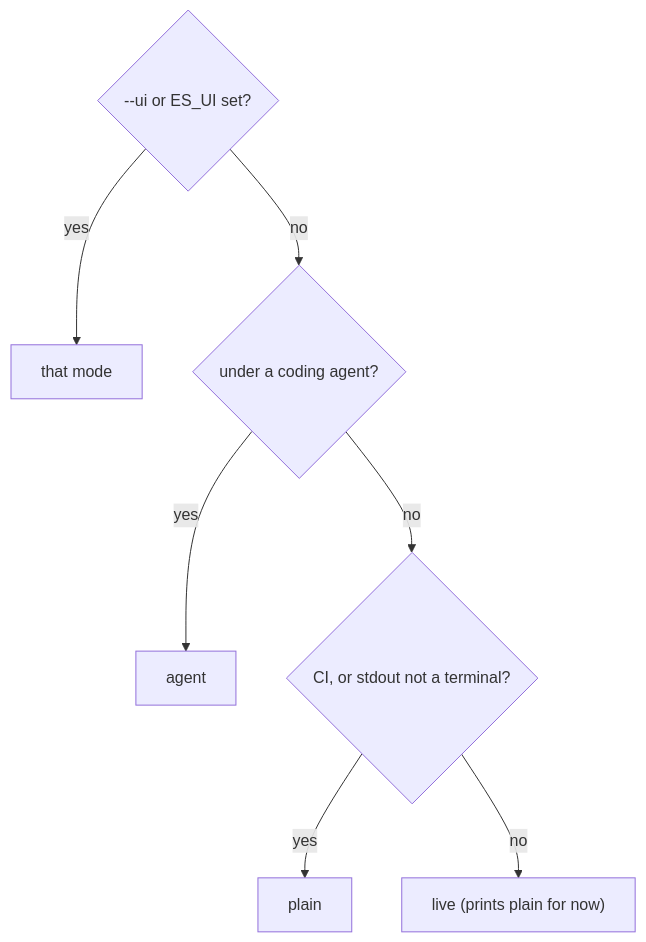
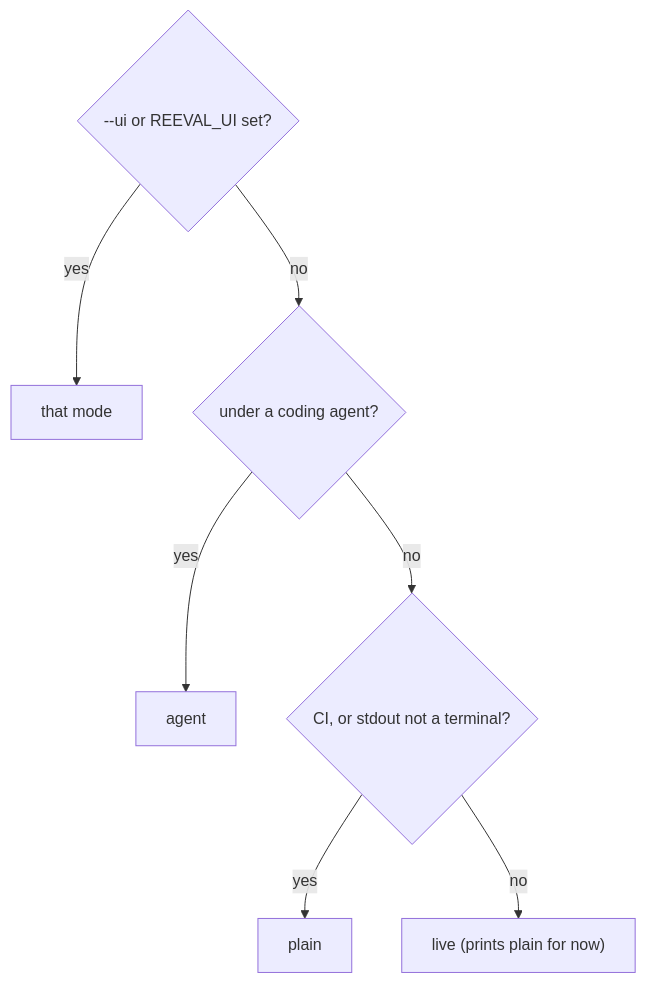
Before and after one commit to invertase/reeval: the diagram in docs/concepts/output.mdx, drawn with Mermaid. The commit also changed other lines of this file and 803 other files, not shown here.

````diff
--- a/docs/concepts/output.mdx
+++ b/docs/concepts/output.mdx
@@ -15,9 +15,9 @@
 ```mermaid
 flowchart TD
-  A{"--ui or ES_UI set?"} -- yes --> U[that mode]
+  A{"--ui or REEVAL_UI set?"} -- yes --> U[that mode]
   A -- no --> B{"under a coding agent?"}
   B -- yes --> AG[agent]
   B -- no --> C{"CI, or stdout not a terminal?"}
   C -- yes --> P[plain]
   C -- no --> L["live (prints plain for now)"]
 ```
````
